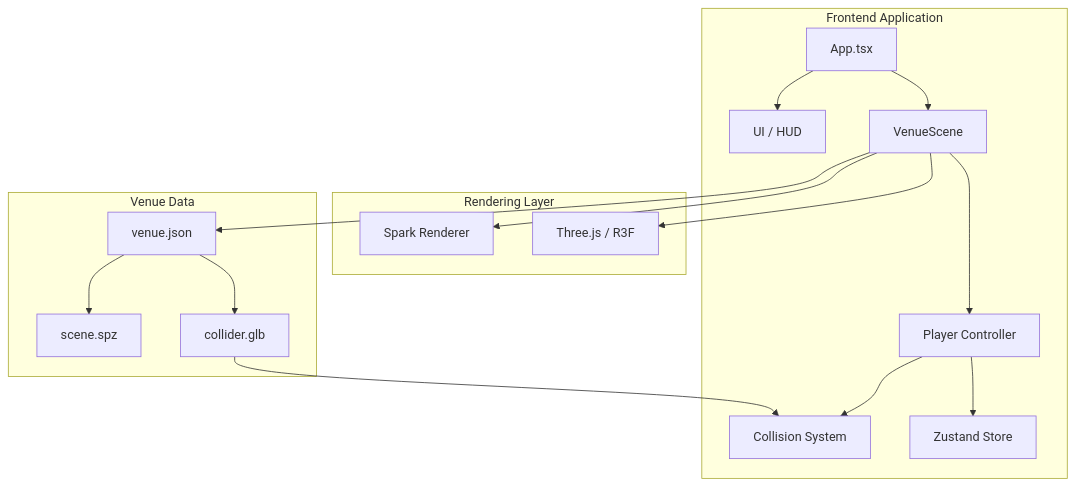
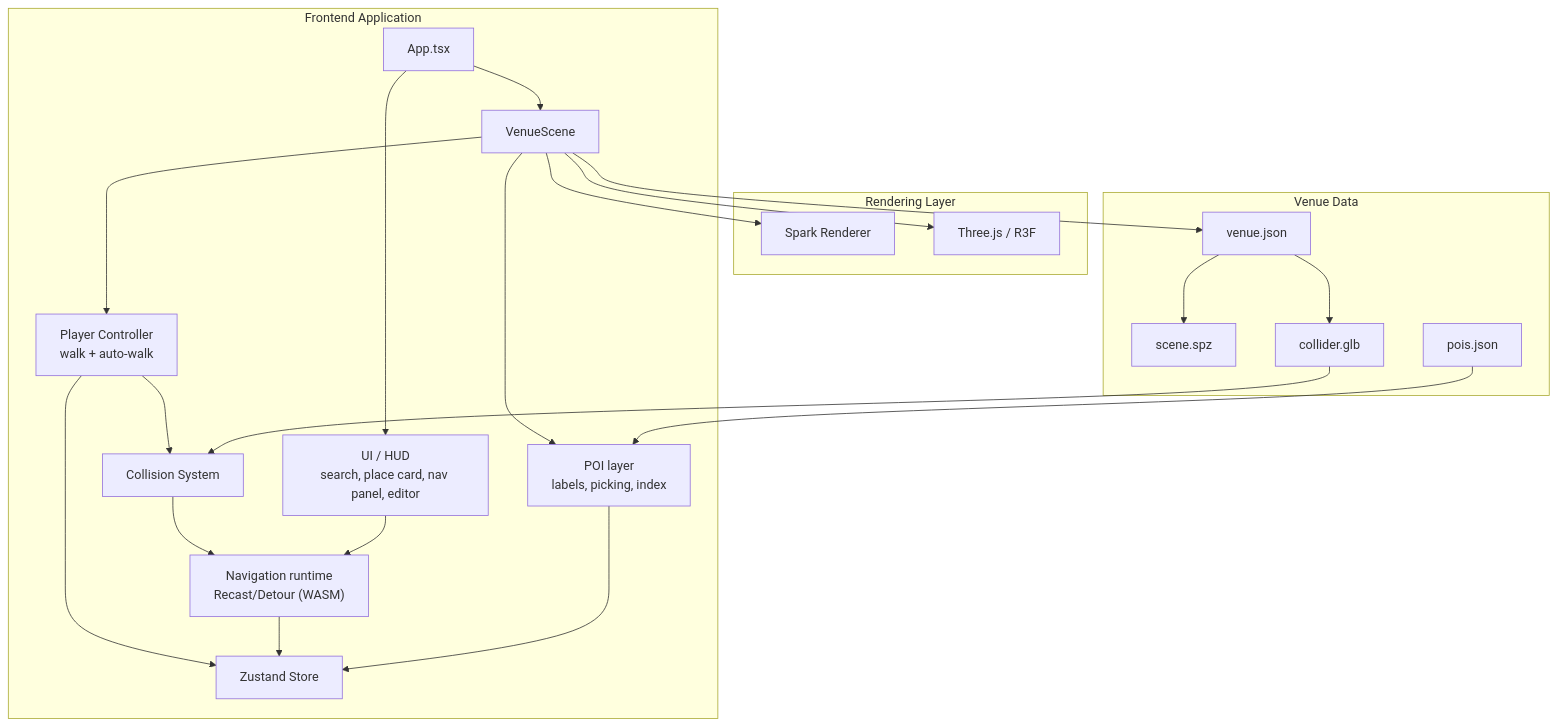
Before and after one commit to yashrajkanawade357/Namma-Space-Game-AR-VR: the third of 3 diagrams in README.md, drawn with Mermaid. The commit also changed other lines of this file and 45 other files, not shown here.

First line of the commit message:
feat: Round 2 places, search and obstacle-aware navigation

````diff
--- a/README.md
+++ b/README.md
@@ -199,34 +240,43 @@
 ```mermaid
 flowchart TB
     subgraph Frontend["Frontend Application"]
         APP["App.tsx"]
-        UI["UI / HUD"]
+        UI["UI / HUD<br/>search, place card, nav panel, editor"]
         SCENE["VenueScene"]
-        PLAYER["Player Controller"]
+        PLAYER["Player Controller<br/>walk + auto-walk"]
         COLLIDER["Collision System"]
+        NAVRT["Navigation runtime<br/>Recast/Detour (WASM)"]
+        POI["POI layer<br/>labels, picking, index"]
         STATE["Zustand Store"]
     end
 
     subgraph Rendering["Rendering Layer"]
         SPARK["Spark Renderer"]
         THREE["Three.js / R3F"]
     end
 
     subgraph Data["Venue Data"]
         CONFIG["venue.json"]
         SPLAT["scene.spz"]
         MESH["collider.glb"]
+        PLACES["pois.json"]
     end
 
     APP --> UI
     APP --> SCENE
     SCENE --> SPARK
     SCENE --> THREE
     SCENE --> PLAYER
+    SCENE --> POI
     PLAYER --> COLLIDER
     PLAYER --> STATE
+    COLLIDER --> NAVRT
+    NAVRT --> STATE
+    UI --> NAVRT
+    POI --> STATE
     SCENE --> CONFIG
     CONFIG --> SPLAT
     CONFIG --> MESH
+    PLACES --> POI
     MESH --> COLLIDER
 ```
````
